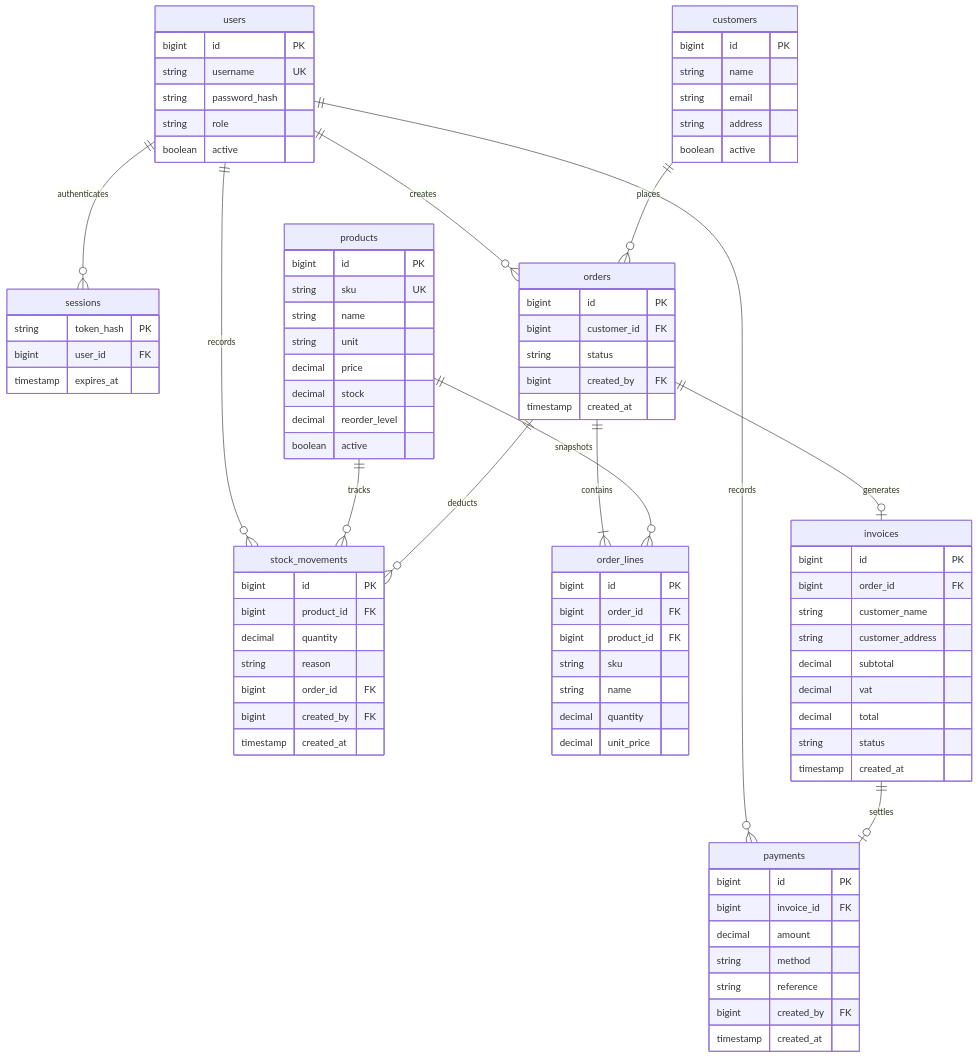
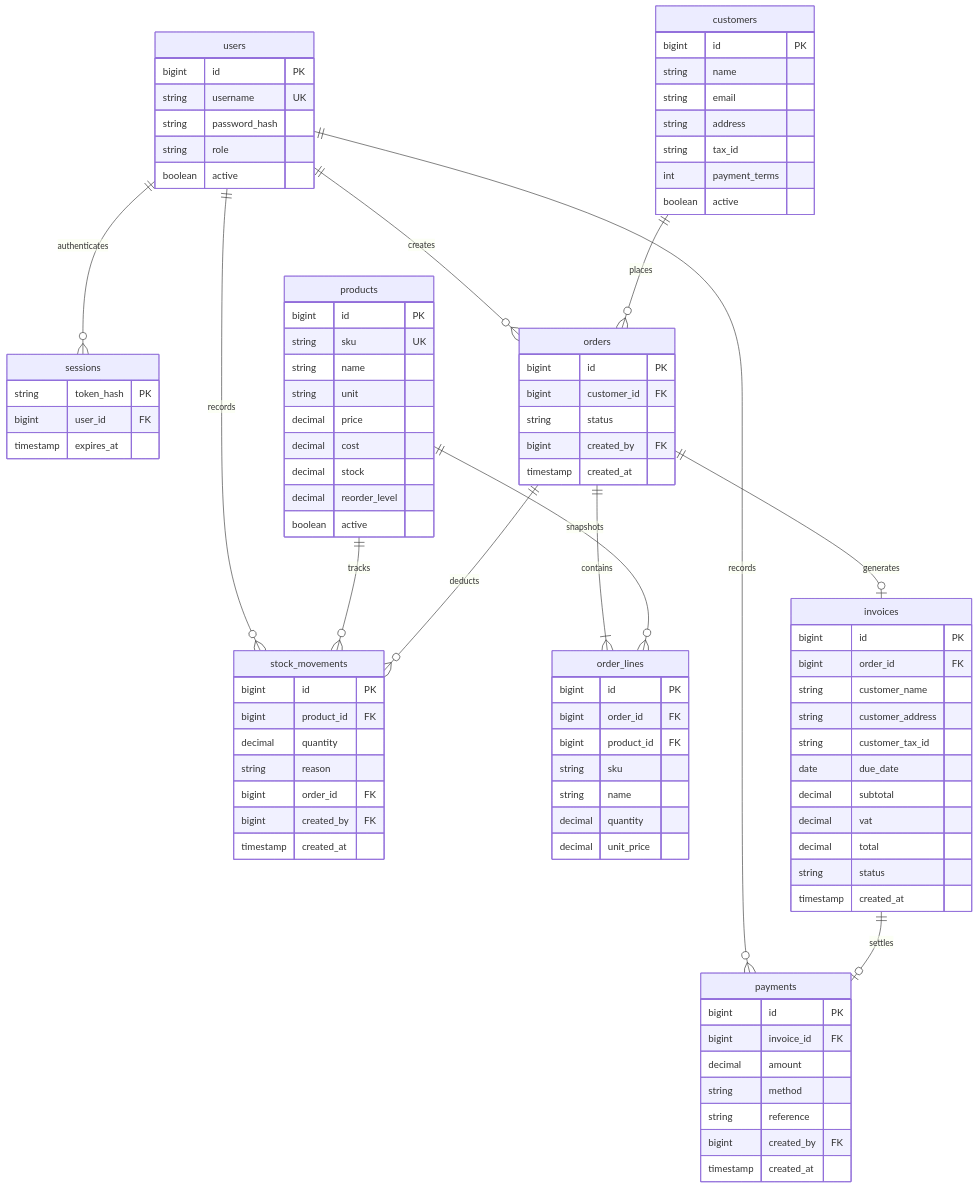
Before and after one commit to treetest94-svg/Siam-Bean-ERP: the diagram in README.md, drawn with Mermaid. The commit also changed other lines of this file and 16 other files, not shown here.

````diff
--- a/README.md
+++ b/README.md
@@ -43,23 +46,23 @@
 ```mermaid
 erDiagram
     users ||--o{ sessions : authenticates
     users ||--o{ orders : creates
     users ||--o{ stock_movements : records
     users ||--o{ payments : records
     customers ||--o{ orders : places
     orders ||--|{ order_lines : contains
     products ||--o{ order_lines : snapshots
     products ||--o{ stock_movements : tracks
     orders ||--o{ stock_movements : deducts
     orders ||--o| invoices : generates
     invoices ||--o| payments : settles
     users { bigint id PK string username UK string password_hash string role boolean active }
     sessions { string token_hash PK bigint user_id FK timestamp expires_at }
-    products { bigint id PK string sku UK string name string unit decimal price decimal stock decimal reorder_level boolean active }
-    customers { bigint id PK string name string email string address boolean active }
+    products { bigint id PK string sku UK string name string unit decimal price decimal cost decimal stock decimal reorder_level boolean active }
+    customers { bigint id PK string name string email string address string tax_id int payment_terms boolean active }
     orders { bigint id PK bigint customer_id FK string status bigint created_by FK timestamp created_at }
     order_lines { bigint id PK bigint order_id FK bigint product_id FK string sku string name decimal quantity decimal unit_price }
-    invoices { bigint id PK bigint order_id FK string customer_name string customer_address decimal subtotal decimal vat decimal total string status timestamp created_at }
+    invoices { bigint id PK bigint order_id FK string customer_name string customer_address string customer_tax_id date due_date decimal subtotal decimal vat decimal total string status timestamp created_at }
     payments { bigint id PK bigint invoice_id FK decimal amount string method string reference bigint created_by FK timestamp created_at }
     stock_movements { bigint id PK bigint product_id FK decimal quantity string reason bigint order_id FK bigint created_by FK timestamp created_at }
 ```
````
